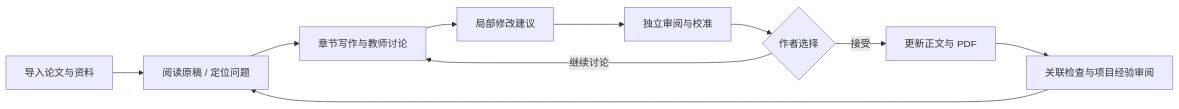
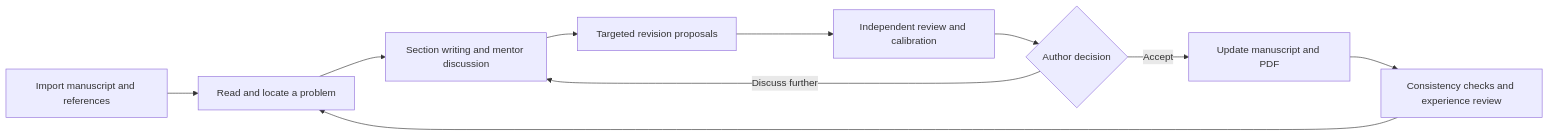
The diagram in README.md (Oubit1/paper-writing-rsi), drawn with Mermaid before and after one commit. The commit also changed other lines of this file and 1 other file, not shown here.

````diff
--- a/README.md
+++ b/README.md
@@ -49,12 +51,12 @@
 ```mermaid
 flowchart LR
-    A[导入论文与资料] --> B[阅读原稿 / 定位问题]
-    B --> C[章节写作与教师讨论]
-    C --> D[局部修改建议]
-    D --> E[独立审阅与校准]
-    E --> F{作者选择}
-    F -->|接受| G[更新正文与 PDF]
-    F -->|继续讨论| C
-    G --> H[关联检查与项目经验审阅]
+    A[Import manuscript and references] --> B[Read and locate a problem]
+    B --> C[Section writing and mentor discussion]
+    C --> D[Targeted revision proposals]
+    D --> E[Independent review and calibration]
+    E --> F{Author decision}
+    F -->|Accept| G[Update manuscript and PDF]
+    F -->|Discuss further| C
+    G --> H[Consistency checks and experience review]
     H --> B
 ```
````
